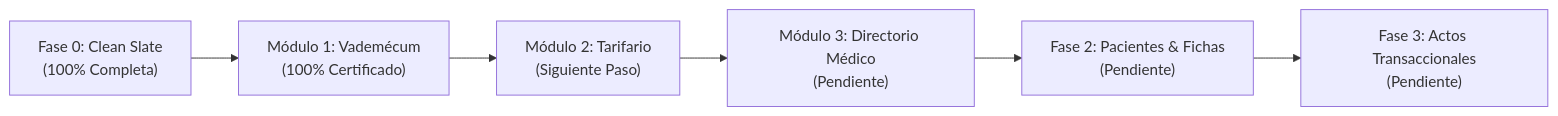
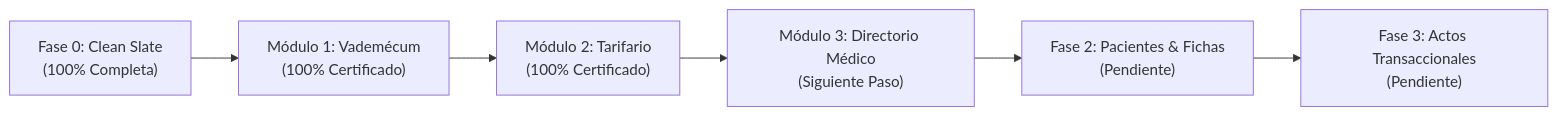
Before and after one commit to VinKE3/cendo-demo: the diagram in docs/PROGRESS.md, drawn with Mermaid. The commit also changed other lines of this file and 12 other files, not shown here.

Commit message:
feat(tarifario): modular architecture, anti-duplicate validation and 100% certified CRUD

````diff
--- a/docs/PROGRESS.md
+++ b/docs/PROGRESS.md
@@ -23,8 +23,8 @@
 ```mermaid
 flowchart LR
     Fase0["Fase 0: Clean Slate\n(100% Completa)"] --> Mod1["Módulo 1: Vademécum\n(100% Certificado)"]
-    Mod1 --> Mod2["Módulo 2: Tarifario\n(Siguiente Paso)"]
-    Mod2 --> Mod3["Módulo 3: Directorio Médico\n(Pendiente)"]
+    Mod1 --> Mod2["Módulo 2: Tarifario\n(100% Certificado)"]
+    Mod2 --> Mod3["Módulo 3: Directorio Médico\n(Siguiente Paso)"]
     Mod3 --> Fase2["Fase 2: Pacientes & Fichas\n(Pendiente)"]
     Fase2 --> Fase3["Fase 3: Actos Transaccionales\n(Pendiente)"]
 ```
````
